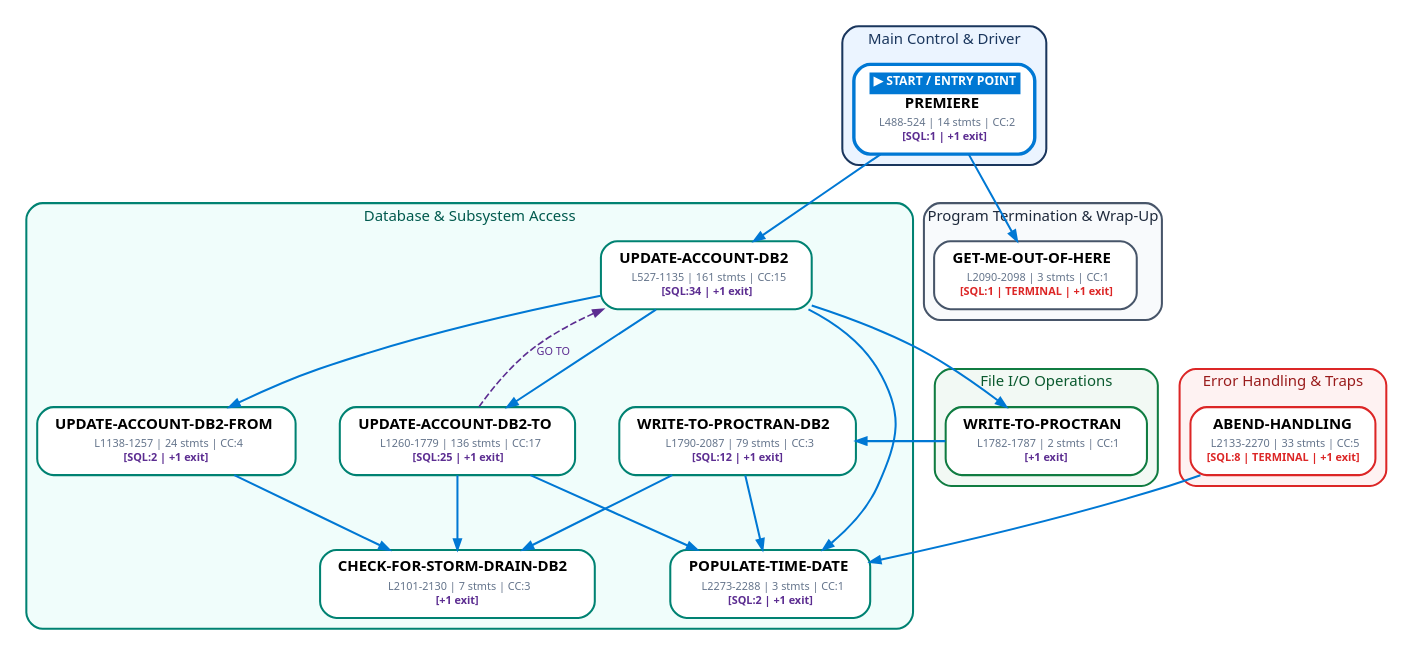
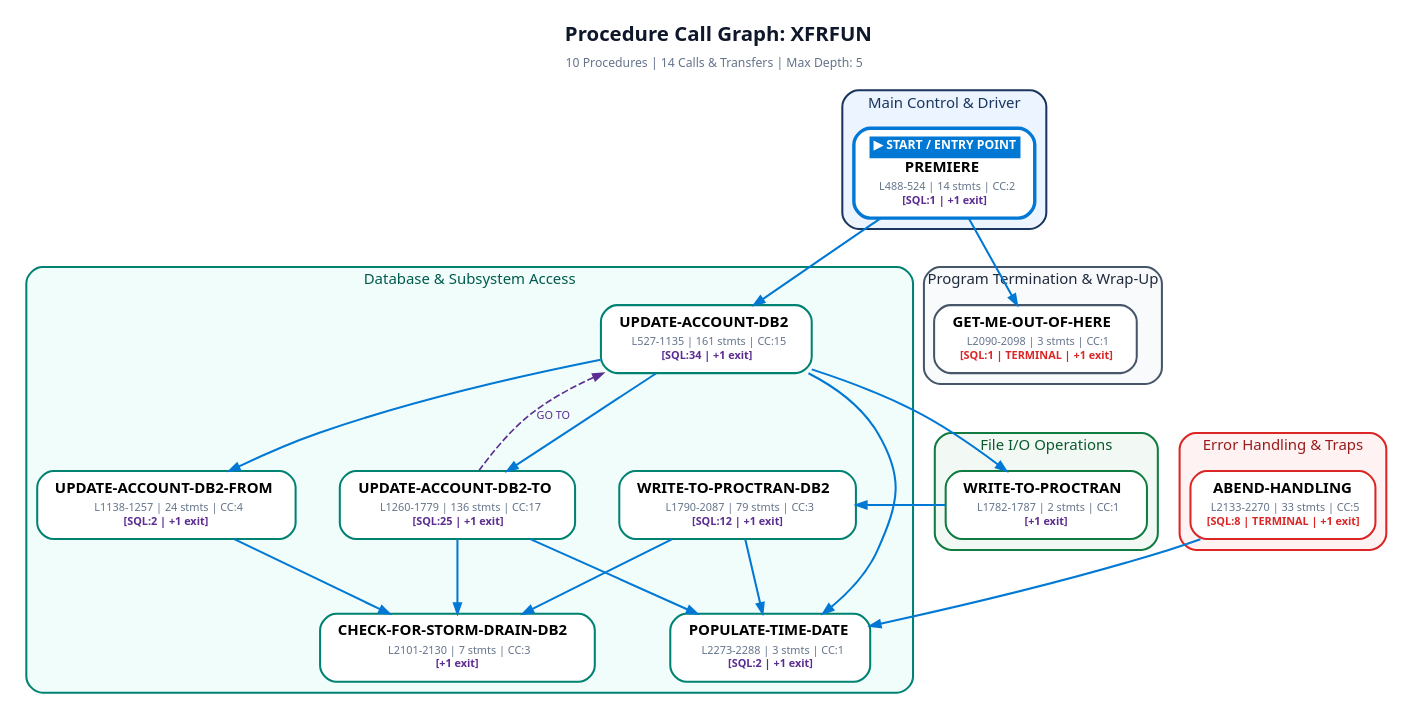
One commit to GoudaCouda/cobolscope changed the diagram in examples/XFRFUN_call_graph.dot. Above: the diagram before and after it, drawn with Graphviz. The commit also changed 3 other files, not shown here.

Commit message:
feat(graph): add top-level program header title and procedure metrics banner to SVG and DOT exports

```diff
--- a/examples/XFRFUN_call_graph.dot
+++ b/examples/XFRFUN_call_graph.dot
@@ -1,95 +1,101 @@
 digraph "XFRFUN_CallGraph" {
     // Global Graph Attributes
     rankdir=TB;
     compound=true;
     splines=spline;
     nodesep=0.45;
     ranksep=0.75;
     ratio=auto;
     bgcolor="#FFFFFF";
     fontname="Segoe UI, -apple-system, BlinkMacSystemFont, Roboto, Helvetica, Arial, sans-serif";
     fontsize=12;
+
+    // Top-Level Program Header Title
+    labelloc="t";
+    labeljust="c";
+    label=<<table border="0" cellborder="0" cellspacing="0" cellpadding="3"><tr><td><font point-size="15" color="#0F172A"><b>Procedure Call Graph: XFRFUN</b></font></td></tr><tr><td><font point-size="9" color="#64748B">10 Procedures | 14 Calls &amp; Transfers | Max Depth: 5</font></td></tr></table>>;
+
     node [fontname="Segoe UI, Helvetica, Arial, sans-serif", fontsize=10, shape=box, style="filled,rounded", penwidth=1.5, margin="0.15,0.08"];
     edge [fontname="Segoe UI, Helvetica, Arial, sans-serif", fontsize=8, arrowsize=0.75];
 
     subgraph "cluster_0_cluster_main_driver" {
         label="Main Control &amp; Driver";
         style="filled,rounded";
         color="#1A365D";
         fillcolor="#EBF4FF";
         fontcolor="#1A365D";
         fontsize=11;
         penwidth=1.5;
 
         p_PREMIERE [label=<<table border="0" cellborder="0" cellspacing="0" cellpadding="2"><tr><td align="center" bgcolor="#0078D4" cellpadding="3"><font color="#FFFFFF" point-size="9"><b>&#9654; START / ENTRY POINT</b></font></td></tr><tr><td align="center" cellpadding="2"><b><font point-size="11">PREMIERE</font></b></td></tr><tr><td align="center" cellpadding="1"><font color="#64748B" point-size="8">L488-524 | 14 stmts | CC:2</font></td></tr><tr><td align="center" cellpadding="1"><font color="#5C2D91" point-size="8"><b>[SQL:1 | +1 exit]</b></font></td></tr></table>>, fillcolor="#FFFFFF", color="#0078D4", penwidth=2.5, tooltip="[START] PREMIERE (Lines 488-524)"];
     }
 
     subgraph "cluster_1_cluster_file_io" {
         label="File I/O Operations";
         style="filled,rounded";
         color="#107C41";
         fillcolor="#F2F9F4";
         fontcolor="#0B5A2F";
         fontsize=11;
         penwidth=1.5;
 
         p_WRITE_TO_PROCTRAN [label=<<table border="0" cellborder="0" cellspacing="0" cellpadding="2"><tr><td align="center" cellpadding="2"><b><font point-size="11">WRITE-TO-PROCTRAN</font></b></td></tr><tr><td align="center" cellpadding="1"><font color="#64748B" point-size="8">L1782-1787 | 2 stmts | CC:1</font></td></tr><tr><td align="center" cellpadding="1"><font color="#5C2D91" point-size="8"><b>[+1 exit]</b></font></td></tr></table>>, fillcolor="#FFFFFF", color="#107C41", penwidth=1.5, tooltip="WRITE-TO-PROCTRAN (Lines 1782-1787)"];
     }
 
     subgraph "cluster_2_cluster_database_io" {
         label="Database &amp; Subsystem Access";
         style="filled,rounded";
         color="#008272";
         fillcolor="#F0FDFB";
         fontcolor="#005A4E";
         fontsize=11;
         penwidth=1.5;
 
         p_UPDATE_ACCOUNT_DB2 [label=<<table border="0" cellborder="0" cellspacing="0" cellpadding="2"><tr><td align="center" cellpadding="2"><b><font point-size="11">UPDATE-ACCOUNT-DB2</font></b></td></tr><tr><td align="center" cellpadding="1"><font color="#64748B" point-size="8">L527-1135 | 161 stmts | CC:15</font></td></tr><tr><td align="center" cellpadding="1"><font color="#5C2D91" point-size="8"><b>[SQL:34 | +1 exit]</b></font></td></tr></table>>, fillcolor="#FFFFFF", color="#008272", penwidth=1.5, tooltip="UPDATE-ACCOUNT-DB2 (Lines 527-1135)"];
         p_UPDATE_ACCOUNT_DB2_FROM [label=<<table border="0" cellborder="0" cellspacing="0" cellpadding="2"><tr><td align="center" cellpadding="2"><b><font point-size="11">UPDATE-ACCOUNT-DB2-FROM</font></b></td></tr><tr><td align="center" cellpadding="1"><font color="#64748B" point-size="8">L1138-1257 | 24 stmts | CC:4</font></td></tr><tr><td align="center" cellpadding="1"><font color="#5C2D91" point-size="8"><b>[SQL:2 | +1 exit]</b></font></td></tr></table>>, fillcolor="#FFFFFF", color="#008272", penwidth=1.5, tooltip="UPDATE-ACCOUNT-DB2-FROM (Lines 1138-1257)"];
         p_UPDATE_ACCOUNT_DB2_TO [label=<<table border="0" cellborder="0" cellspacing="0" cellpadding="2"><tr><td align="center" cellpadding="2"><b><font point-size="11">UPDATE-ACCOUNT-DB2-TO</font></b></td></tr><tr><td align="center" cellpadding="1"><font color="#64748B" point-size="8">L1260-1779 | 136 stmts | CC:17</font></td></tr><tr><td align="center" cellpadding="1"><font color="#5C2D91" point-size="8"><b>[SQL:25 | +1 exit]</b></font></td></tr></table>>, fillcolor="#FFFFFF", color="#008272", penwidth=1.5, tooltip="UPDATE-ACCOUNT-DB2-TO (Lines 1260-1779)"];
         p_WRITE_TO_PROCTRAN_DB2 [label=<<table border="0" cellborder="0" cellspacing="0" cellpadding="2"><tr><td align="center" cellpadding="2"><b><font point-size="11">WRITE-TO-PROCTRAN-DB2</font></b></td></tr><tr><td align="center" cellpadding="1"><font color="#64748B" point-size="8">L1790-2087 | 79 stmts | CC:3</font></td></tr><tr><td align="center" cellpadding="1"><font color="#5C2D91" point-size="8"><b>[SQL:12 | +1 exit]</b></font></td></tr></table>>, fillcolor="#FFFFFF", color="#008272", penwidth=1.5, tooltip="WRITE-TO-PROCTRAN-DB2 (Lines 1790-2087)"];
         p_CHECK_FOR_STORM_DRAIN_DB2 [label=<<table border="0" cellborder="0" cellspacing="0" cellpadding="2"><tr><td align="center" cellpadding="2"><b><font point-size="11">CHECK-FOR-STORM-DRAIN-DB2</font></b></td></tr><tr><td align="center" cellpadding="1"><font color="#64748B" point-size="8">L2101-2130 | 7 stmts | CC:3</font></td></tr><tr><td align="center" cellpadding="1"><font color="#5C2D91" point-size="8"><b>[+1 exit]</b></font></td></tr></table>>, fillcolor="#FFFFFF", color="#008272", penwidth=1.5, tooltip="CHECK-FOR-STORM-DRAIN-DB2 (Lines 2101-2130)"];
         p_POPULATE_TIME_DATE [label=<<table border="0" cellborder="0" cellspacing="0" cellpadding="2"><tr><td align="center" cellpadding="2"><b><font point-size="11">POPULATE-TIME-DATE</font></b></td></tr><tr><td align="center" cellpadding="1"><font color="#64748B" point-size="8">L2273-2288 | 3 stmts | CC:1</font></td></tr><tr><td align="center" cellpadding="1"><font color="#5C2D91" point-size="8"><b>[SQL:2 | +1 exit]</b></font></td></tr></table>>, fillcolor="#FFFFFF", color="#008272", penwidth=1.5, tooltip="POPULATE-TIME-DATE (Lines 2273-2288)"];
     }
 
     subgraph "cluster_3_cluster_error" {
         label="Error Handling &amp; Traps";
         style="filled,rounded";
         color="#DC2626";
         fillcolor="#FEF2F2";
         fontcolor="#991B1B";
         fontsize=11;
         penwidth=1.5;
 
         p_ABEND_HANDLING [label=<<table border="0" cellborder="0" cellspacing="0" cellpadding="2"><tr><td align="center" cellpadding="2"><b><font point-size="11">ABEND-HANDLING</font></b></td></tr><tr><td align="center" cellpadding="1"><font color="#64748B" point-size="8">L2133-2270 | 33 stmts | CC:5</font></td></tr><tr><td align="center" cellpadding="1"><font color="#DC2626" point-size="8"><b>[SQL:8 | TERMINAL | +1 exit]</b></font></td></tr></table>>, fillcolor="#FFFFFF", color="#DC2626", penwidth=1.5, tooltip="ABEND-HANDLING (Lines 2133-2270)"];
     }
 
     subgraph "cluster_4_cluster_termination" {
         label="Program Termination &amp; Wrap-Up";
         style="filled,rounded";
         color="#475569";
         fillcolor="#F8FAFC";
         fontcolor="#1E293B";
         fontsize=11;
         penwidth=1.5;
 
         p_GET_ME_OUT_OF_HERE [label=<<table border="0" cellborder="0" cellspacing="0" cellpadding="2"><tr><td align="center" cellpadding="2"><b><font point-size="11">GET-ME-OUT-OF-HERE</font></b></td></tr><tr><td align="center" cellpadding="1"><font color="#64748B" point-size="8">L2090-2098 | 3 stmts | CC:1</font></td></tr><tr><td align="center" cellpadding="1"><font color="#DC2626" point-size="8"><b>[SQL:1 | TERMINAL | +1 exit]</b></font></td></tr></table>>, fillcolor="#FFFFFF", color="#475569", penwidth=1.5, tooltip="GET-ME-OUT-OF-HERE (Lines 2090-2098)"];
     }
 
     // Procedure Control Flow Edges
     p_PREMIERE -> p_GET_ME_OUT_OF_HERE [color="#0078D4", penwidth=1.5, tooltip="PERFORM"];
     p_PREMIERE -> p_UPDATE_ACCOUNT_DB2 [color="#0078D4", penwidth=1.5, tooltip="PERFORM"];
     p_UPDATE_ACCOUNT_DB2 -> p_POPULATE_TIME_DATE [color="#0078D4", penwidth=1.5, tooltip="PERFORM"];
     p_UPDATE_ACCOUNT_DB2 -> p_UPDATE_ACCOUNT_DB2_FROM [color="#0078D4", penwidth=1.5, tooltip="PERFORM"];
     p_UPDATE_ACCOUNT_DB2 -> p_UPDATE_ACCOUNT_DB2_TO [color="#0078D4", penwidth=1.5, tooltip="PERFORM"];
     p_UPDATE_ACCOUNT_DB2 -> p_WRITE_TO_PROCTRAN [color="#0078D4", penwidth=1.5, tooltip="PERFORM"];
     p_UPDATE_ACCOUNT_DB2_FROM -> p_CHECK_FOR_STORM_DRAIN_DB2 [color="#0078D4", penwidth=1.5, tooltip="PERFORM"];
     p_UPDATE_ACCOUNT_DB2_TO -> p_CHECK_FOR_STORM_DRAIN_DB2 [color="#0078D4", penwidth=1.5, tooltip="PERFORM"];
     p_UPDATE_ACCOUNT_DB2_TO -> p_POPULATE_TIME_DATE [color="#0078D4", penwidth=1.5, tooltip="PERFORM"];
     p_UPDATE_ACCOUNT_DB2_TO -> p_UPDATE_ACCOUNT_DB2 [style="dashed", color="#5C2D91", penwidth=1.2, label="GO TO", fontcolor="#5C2D91"];
     p_WRITE_TO_PROCTRAN -> p_WRITE_TO_PROCTRAN_DB2 [color="#0078D4", penwidth=1.5, tooltip="PERFORM"];
     p_WRITE_TO_PROCTRAN_DB2 -> p_POPULATE_TIME_DATE [color="#0078D4", penwidth=1.5, tooltip="PERFORM"];
     p_WRITE_TO_PROCTRAN_DB2 -> p_CHECK_FOR_STORM_DRAIN_DB2 [color="#0078D4", penwidth=1.5, tooltip="PERFORM"];
     p_ABEND_HANDLING -> p_POPULATE_TIME_DATE [color="#0078D4", penwidth=1.5, tooltip="PERFORM"];
 }
```
